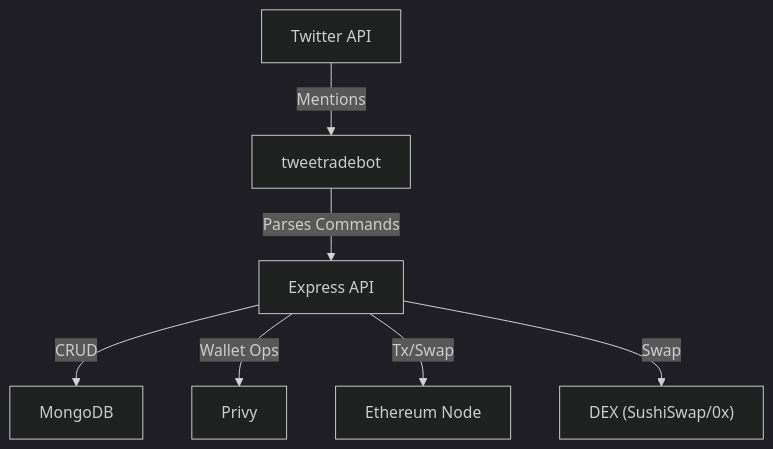
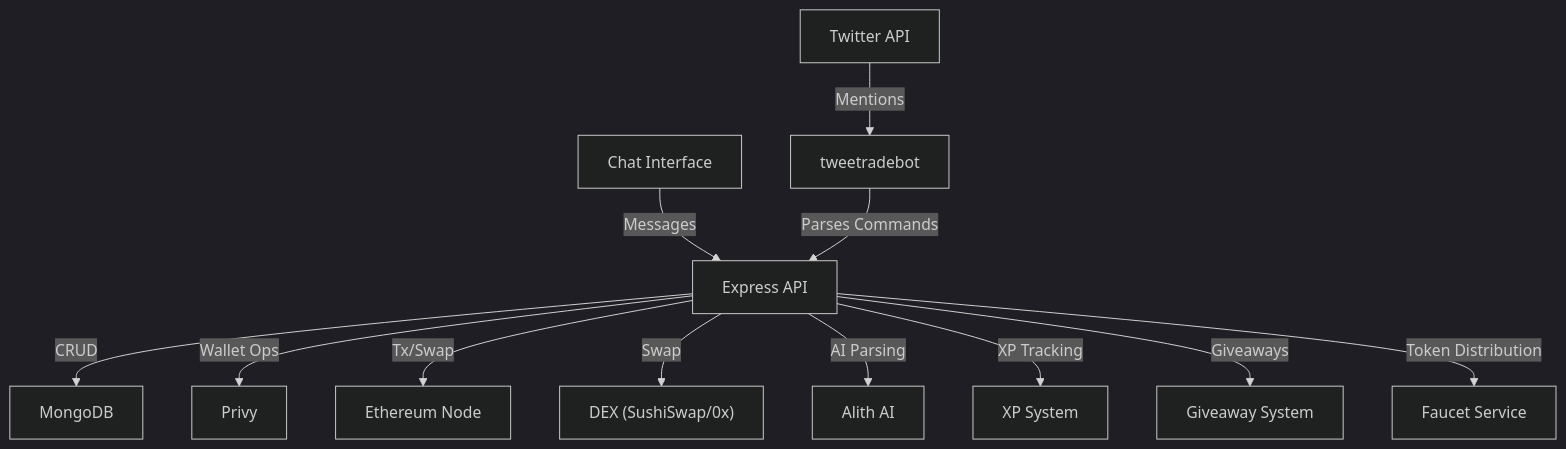
One commit to lazydevpro/tweetrade-bot changed the diagram in README.md. Above: the diagram before and after it, drawn with Mermaid (dark theme). The commit also changed other lines of this file and 17 other files, not shown here.

````diff
--- a/README.md
+++ b/README.md
@@ -100,17 +182,27 @@
 ```mermaid
 flowchart TD
     TwitterAPI["Twitter API"]
     Bot["tweetradebot"]
     ExpressAPI["Express API"]
     MongoDB["MongoDB"]
     Ethereum["Ethereum Node"]
     Privy["Privy"]
     DEX["DEX (SushiSwap/0x)"]
+    AI["Alith AI"]
+    Chat["Chat Interface"]
+    XP["XP System"]
+    Giveaway["Giveaway System"]
+    Faucet["Faucet Service"]
 
     TwitterAPI -->|Mentions| Bot
+    Chat -->|Messages| ExpressAPI
     Bot -->|Parses Commands| ExpressAPI
     ExpressAPI -->|CRUD| MongoDB
     ExpressAPI -->|Wallet Ops| Privy
     ExpressAPI -->|Tx/Swap| Ethereum
     ExpressAPI -->|Swap| DEX
+    ExpressAPI -->|AI Parsing| AI
+    ExpressAPI -->|XP Tracking| XP
+    ExpressAPI -->|Giveaways| Giveaway
+    ExpressAPI -->|Token Distribution| Faucet
 ```
````
